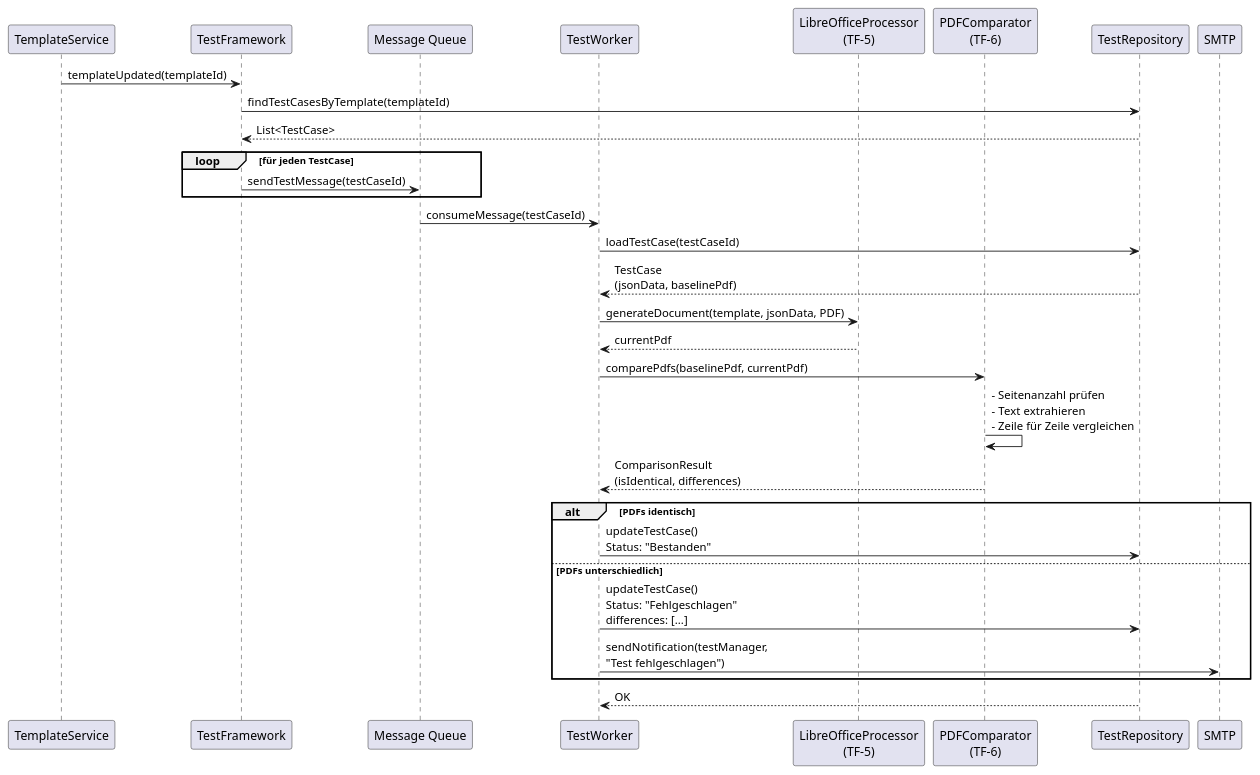
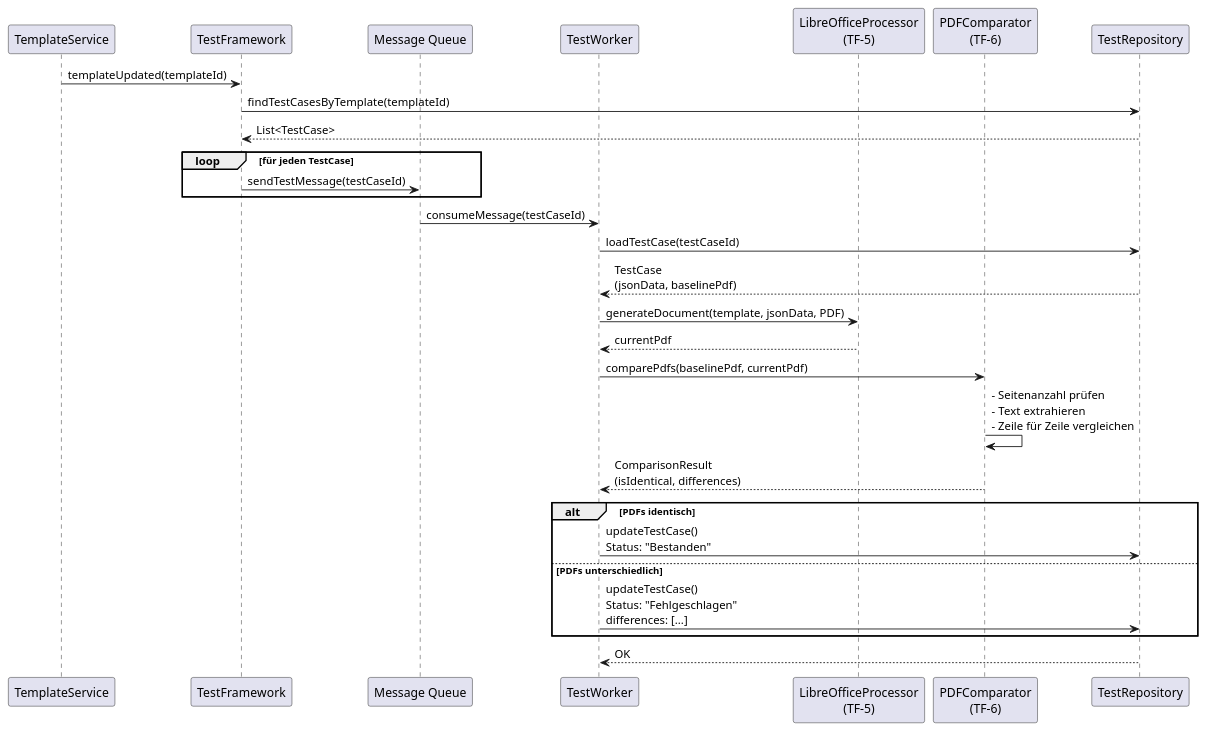
One commit to flaechsig/blocpress changed the seventh of 12 diagrams in docs/arc42.adoc. Above: the diagram before and after it, drawn with PlantUML. The commit also changed other lines of this file and 2 other files, not shown here.

Commit message:
- Email/SMTP entfernt - ElastikSearch aus dem fachlichen Kontext entfernt - Technischer Kontext: Note zu LibreOffice entfernt

```diff
--- a/docs/arc42.adoc
+++ b/docs/arc42.adoc
@@ -818,39 +796,37 @@
 [plantuml, laufzeit-regression-test, svg]
 ----
 @startuml
 participant "TemplateService" as Template
 participant "TestFramework" as TF
 participant "Message Queue" as MQ
 participant "TestWorker" as Worker
 participant "LibreOfficeProcessor\n(TF-5)" as LO
 participant "PDFComparator\n(TF-6)" as Compare
 participant "TestRepository" as Repo
-participant "SMTP" as Mail
 
 Template -> TF : templateUpdated(templateId)
 TF -> Repo : findTestCasesByTemplate(templateId)
 Repo --> TF : List<TestCase>
 
 loop für jeden TestCase
   TF -> MQ : sendTestMessage(testCaseId)
 end
 
 MQ -> Worker : consumeMessage(testCaseId)
 Worker -> Repo : loadTestCase(testCaseId)
 Repo --> Worker : TestCase\n(jsonData, baselinePdf)
 Worker -> LO : generateDocument(template, jsonData, PDF)
 LO --> Worker : currentPdf
 Worker -> Compare : comparePdfs(baselinePdf, currentPdf)
 Compare -> Compare : - Seitenanzahl prüfen\n- Text extrahieren\n- Zeile für Zeile vergleichen
 Compare --> Worker : ComparisonResult\n(isIdentical, differences)
 
 alt PDFs identisch
   Worker -> Repo : updateTestCase()\nStatus: "Bestanden"
 else PDFs unterschiedlich
   Worker -> Repo : updateTestCase()\nStatus: "Fehlgeschlagen"\ndifferences: [...]
-  Worker -> Mail : sendNotification(testManager,\n"Test fehlgeschlagen")
 end
 
 Repo --> Worker : OK
 @enduml
 ----
```
